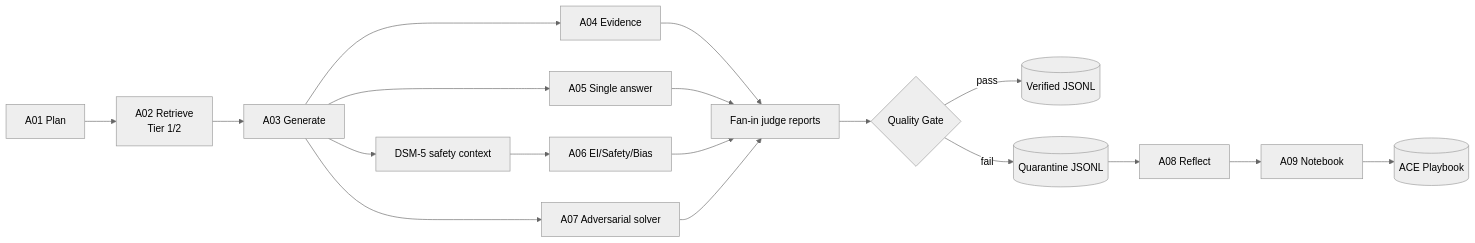
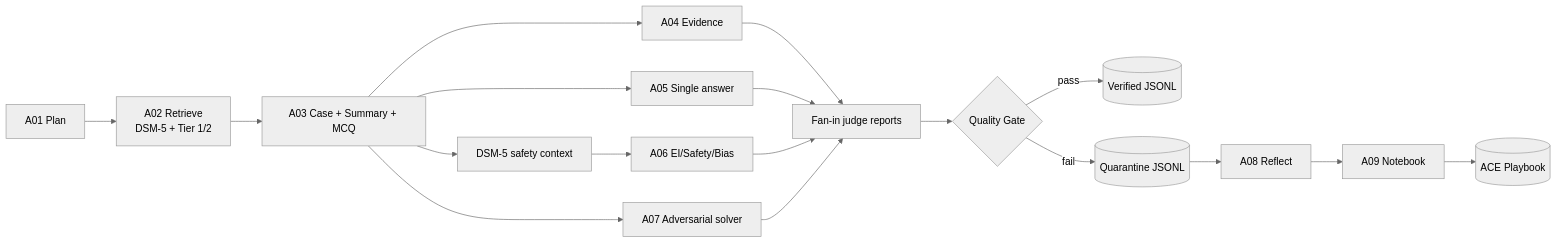
The diagram in README.md (Hieurezdev/ViMindBench), drawn with Mermaid (neutral theme) before and after one commit. The commit also changed other lines of this file and 18 other files, not shown here.

Commit message:
feat: generate synthetic clinical cases from DSM-5 and textbooks

````diff
--- a/README.md
+++ b/README.md
@@ -17,15 +49,15 @@
 ```mermaid
 flowchart LR
-    A01["A01 Plan"] --> A02["A02 Retrieve\nTier 1/2"] --> A03["A03 Generate"]
+    A01["A01 Plan"] --> A02["A02 Retrieve\nDSM-5 + Tier 1/2"] --> A03["A03 Case + Summary + MCQ"]
     A03 --> A04["A04 Evidence"]
     A03 --> A05["A05 Single answer"]
     A03 --> Solver["A07 Adversarial solver"]
     A03 --> DSM["DSM-5 safety context"] --> A06["A06 EI/Safety/Bias"]
     A04 --> Join["Fan-in judge reports"]
     A05 --> Join
     A06 --> Join
     Solver --> Join --> Gate{"Quality Gate"}
     Gate -->|pass| V[("Verified JSONL")]
     Gate -->|fail| Q[("Quarantine JSONL")] --> A08["A08 Reflect"] --> A09["A09 Notebook"]
     A09 --> PB[("ACE Playbook")]
 ```
````
